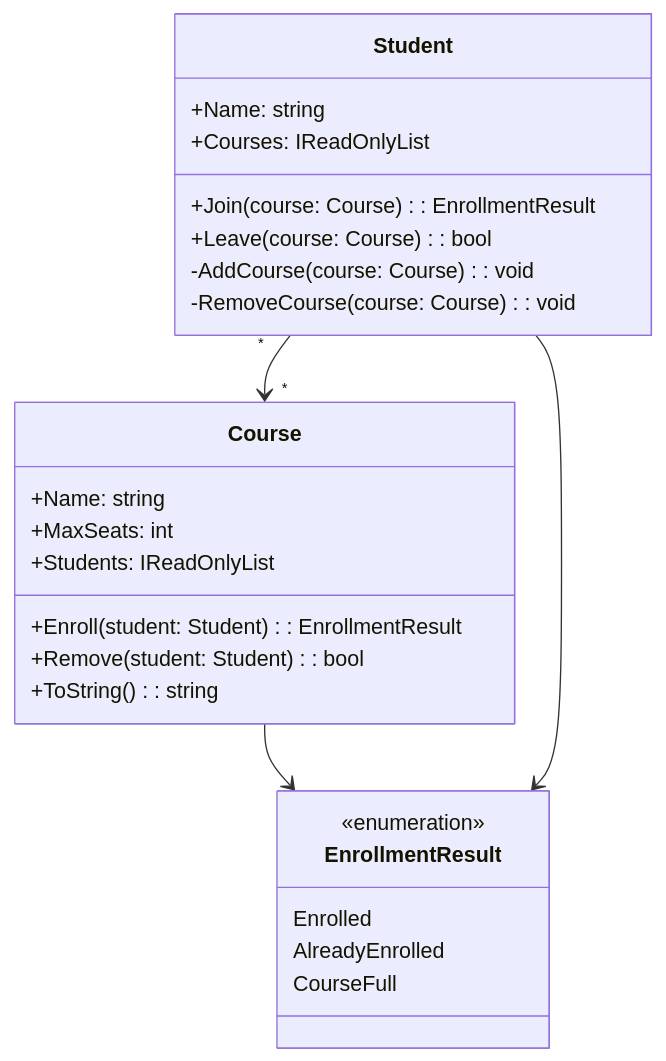
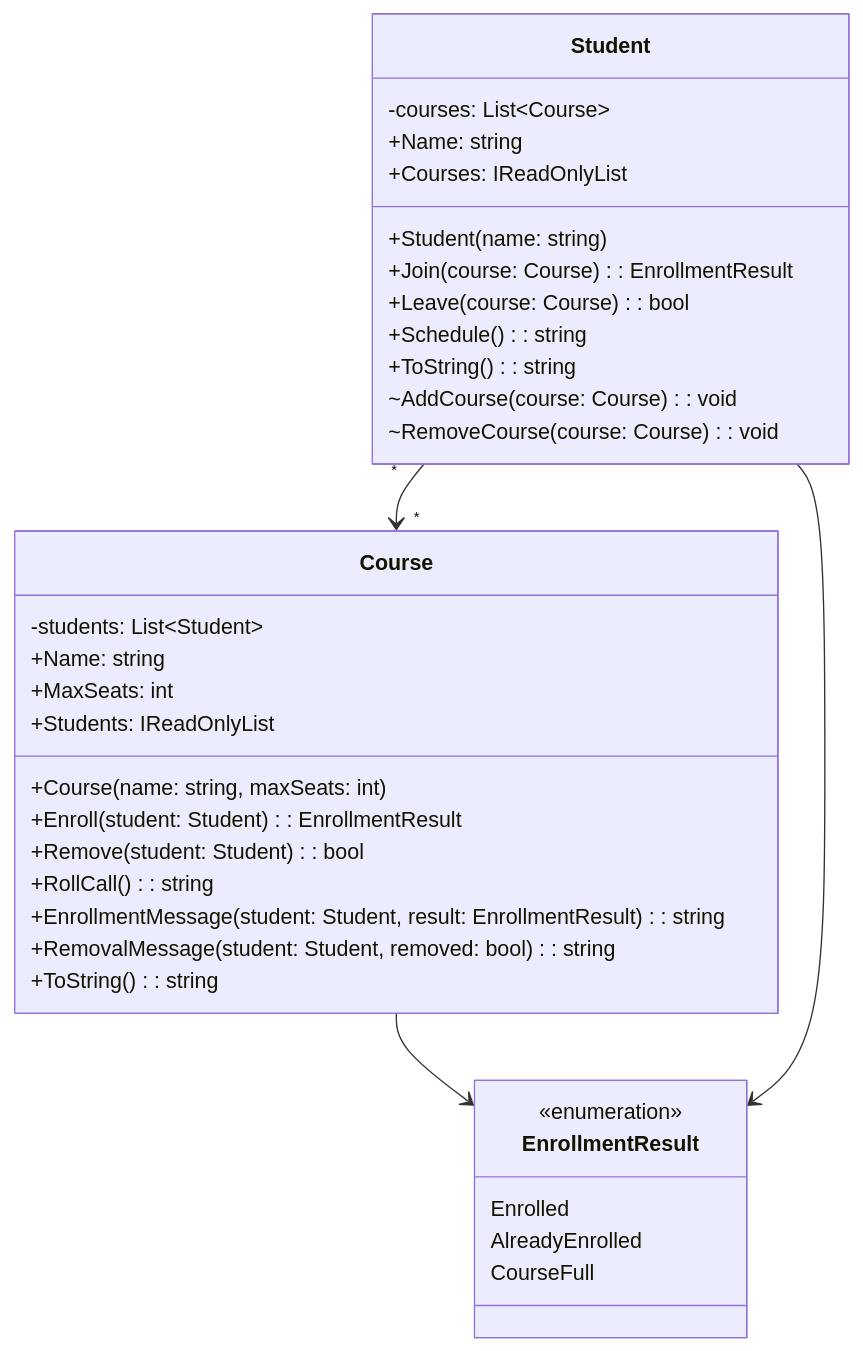
One commit to sofiauhrbom73/mai26ma-csharp-kk1-oop changed the diagram in EducationProject/UML.md. Above: the diagram before and after it, drawn with Mermaid. The commit also changed other lines of this file, not shown here.

Commit message:
Updated UML diagram.

````diff
--- a/EducationProject/UML.md
+++ b/EducationProject/UML.md
@@ -5,31 +5,40 @@
 ```mermaid
 classDiagram
     class Student {
+        -courses: List~Course~
         +Name: string
         +Courses: IReadOnlyList<Course>
+        +Student(name: string)
         +Join(course: Course): EnrollmentResult
         +Leave(course: Course): bool
-        -AddCourse(course: Course): void
-        -RemoveCourse(course: Course): void
+        +Schedule(): string
+        +ToString(): string
+        ~AddCourse(course: Course): void
+        ~RemoveCourse(course: Course): void
     }
 
     class Course {
+        -students: List~Student~
         +Name: string
         +MaxSeats: int
         +Students: IReadOnlyList<Student>
+        +Course(name: string, maxSeats: int)
         +Enroll(student: Student): EnrollmentResult
         +Remove(student: Student): bool
+        +RollCall(): string
+        +EnrollmentMessage(student: Student, result: EnrollmentResult): string
+        +RemovalMessage(student: Student, removed: bool): string
         +ToString(): string
     }
 
     class EnrollmentResult {
         <<enumeration>>
         Enrolled
         AlreadyEnrolled
         CourseFull
     }
 
     Student "*" --> "*" Course
     Course --> EnrollmentResult
     Student --> EnrollmentResult
 ```
````
